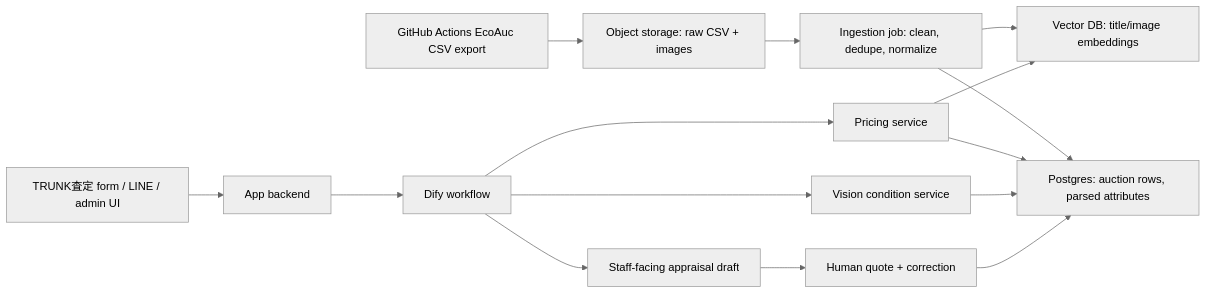
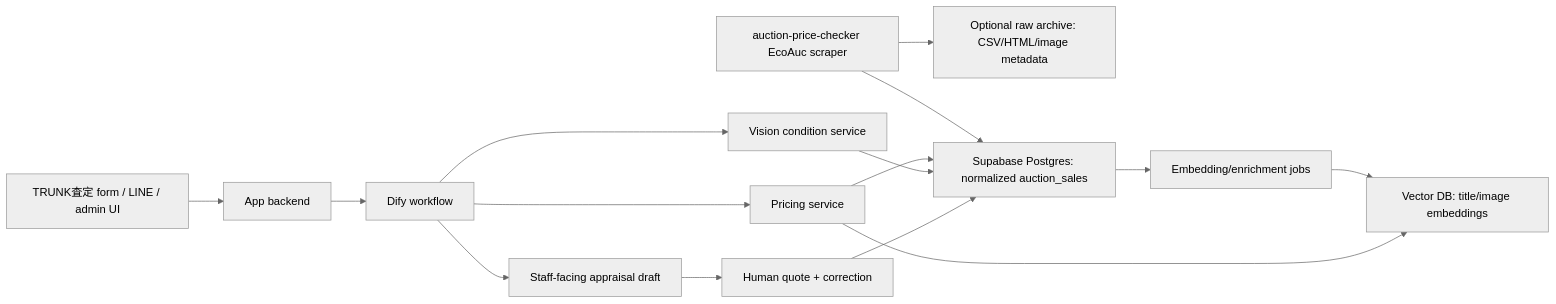
Before and after one commit to ilovelili/luxury-price-ai: the diagram in docs/luxury-price-ai-flow.md, drawn with Mermaid (neutral theme). The commit also changed other lines of this file and 6 other files, not shown here.

````diff
--- a/docs/luxury-price-ai-flow.md
+++ b/docs/luxury-price-ai-flow.md
@@ -48,17 +48,17 @@
 ```mermaid
 flowchart LR
-  GH["GitHub Actions EcoAuc CSV export"] --> Store["Object storage: raw CSV + images"]
-  Store --> ETL["Ingestion job: clean, dedupe, normalize"]
-  ETL --> DB["Postgres: auction rows, parsed attributes"]
-  ETL --> Vec["Vector DB: title/image embeddings"]
+  Scraper["auction-price-checker EcoAuc scraper"] --> Raw["Optional raw archive: CSV/HTML/image metadata"]
+  Scraper --> DB["Supabase Postgres: normalized auction_sales"]
+  DB --> VecJob["Embedding/enrichment jobs"]
+  VecJob --> Vec["Vector DB: title/image embeddings"]
   Site["TRUNK査定 form / LINE / admin UI"] --> API["App backend"]
   API --> Dify["Dify workflow"]
   Dify --> Price["Pricing service"]
   Dify --> Vision["Vision condition service"]
   Price --> DB
   Price --> Vec
   Vision --> DB
   Dify --> Result["Staff-facing appraisal draft"]
   Result --> Feedback["Human quote + correction"]
   Feedback --> DB
 ```
````
